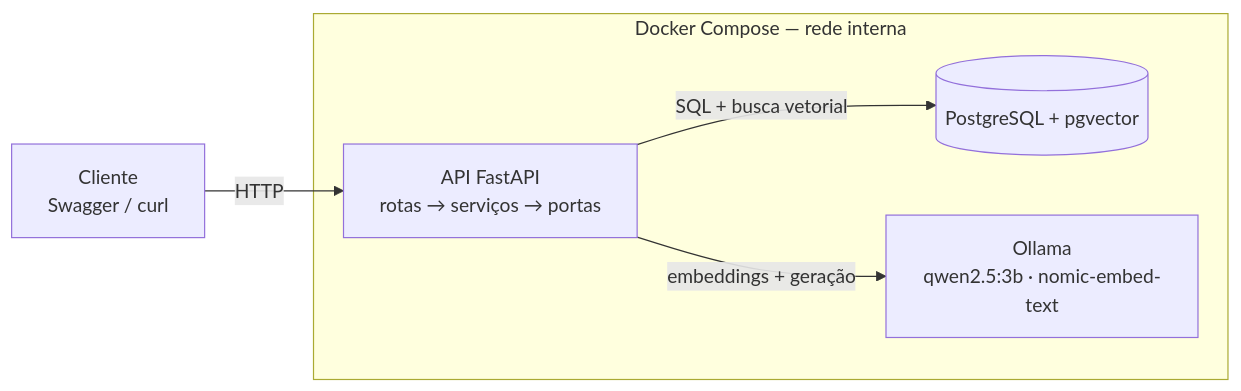
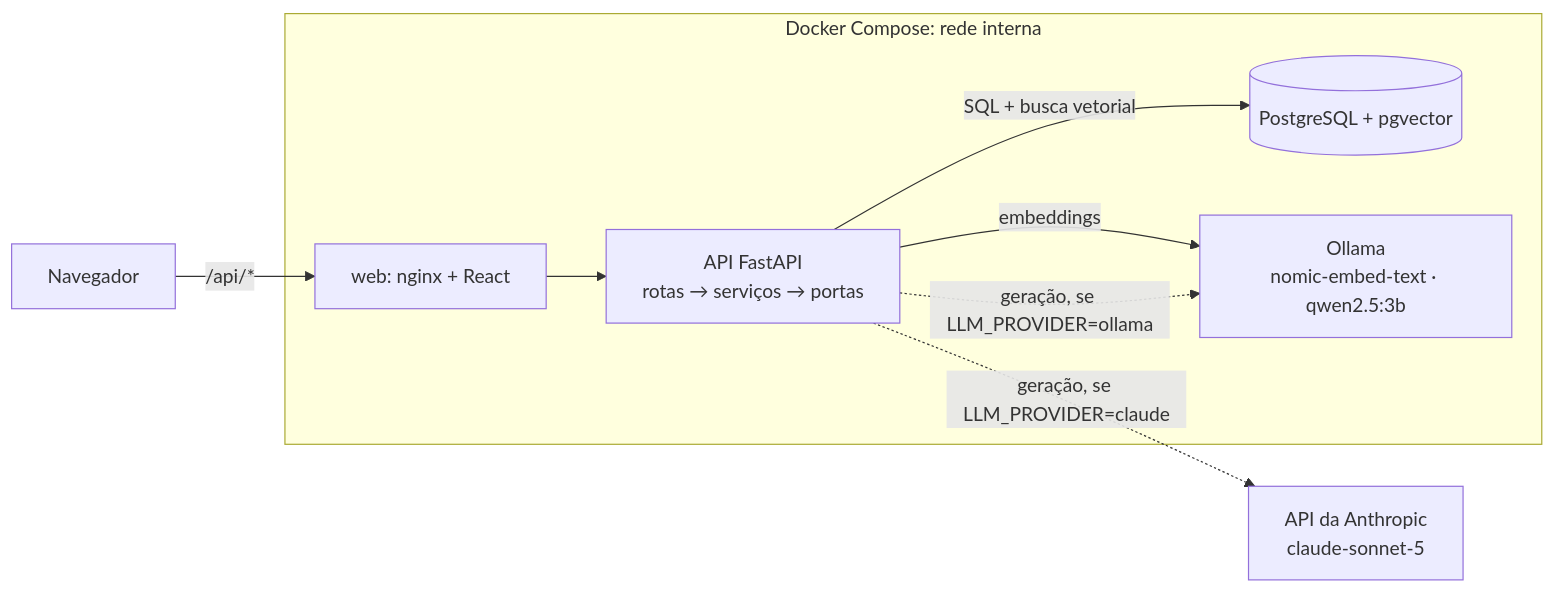
The diagram in README.md (rafelms/EduRAG), drawn with Mermaid before and after one commit. The commit also changed other lines of this file and 9 other files, not shown here.

````diff
--- a/README.md
+++ b/README.md
@@ -9,11 +9,15 @@
 ```mermaid
 flowchart LR
-    C[Cliente<br/>Swagger / curl] -- HTTP --> API
-    subgraph Compose[Docker Compose — rede interna]
+    U[Navegador] -- /api/* --> WEB
+    subgraph Compose[Docker Compose: rede interna]
+        WEB[web: nginx + React]
         API[API FastAPI<br/>rotas → serviços → portas]
         PG[(PostgreSQL + pgvector)]
-        OL[Ollama<br/>qwen2.5:3b · nomic-embed-text]
+        OL[Ollama<br/>nomic-embed-text · qwen2.5:3b]
+        WEB --> API
         API -- SQL + busca vetorial --> PG
-        API -- embeddings + geração --> OL
+        API -- embeddings --> OL
+        API -. geração, se LLM_PROVIDER=ollama .-> OL
     end
+    API -. geração, se LLM_PROVIDER=claude .-> CL[API da Anthropic<br/>claude-sonnet-5]
 ```
````
